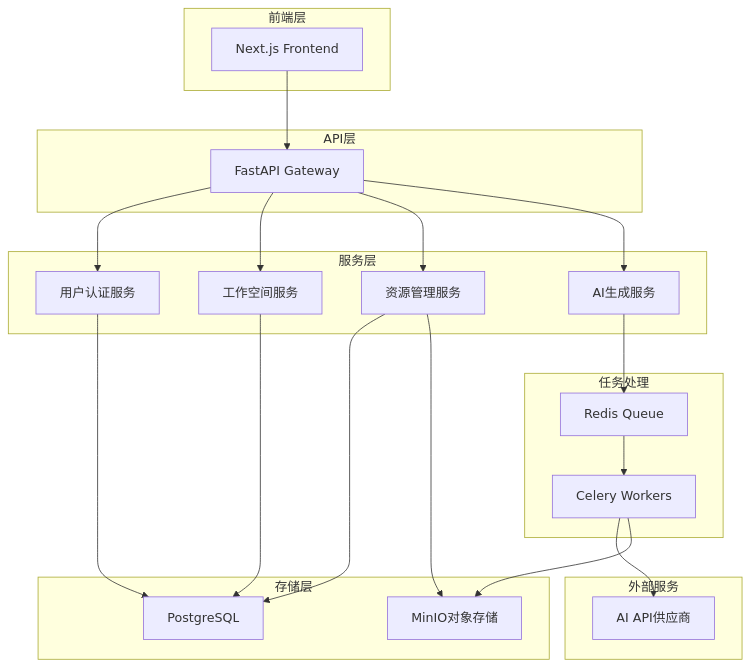
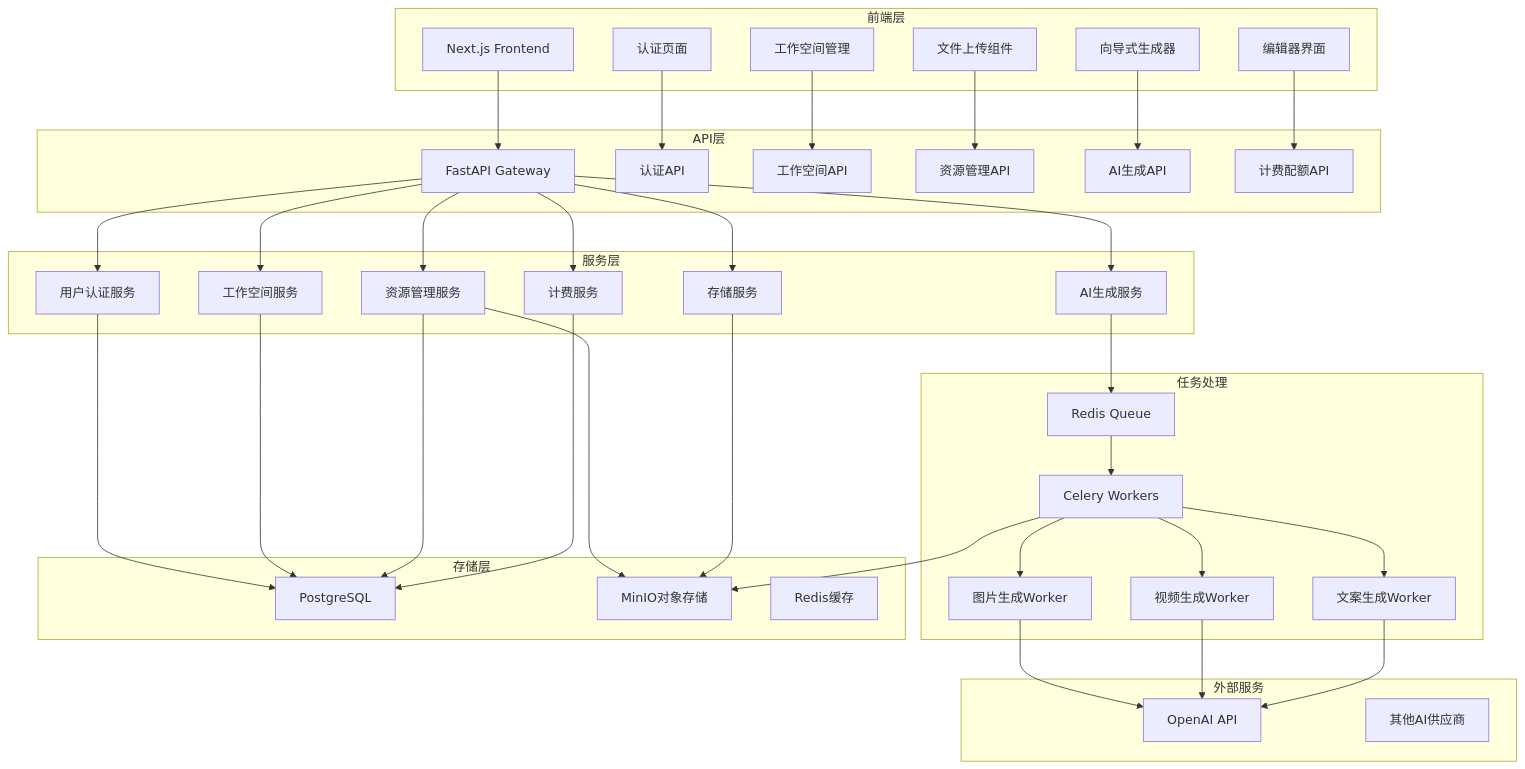
One commit to ZenoWangzy/E_Business changed the first of 2 diagrams in CLAUDE.md. Above: the diagram before and after it, drawn with Mermaid. The commit also changed other lines of this file and 20 other files, not shown here.

````diff
--- a/CLAUDE.md
+++ b/CLAUDE.md
@@ -42,47 +47,79 @@
 ```mermaid
 graph TB
     subgraph "前端层"
         A[Next.js Frontend]
+        A1[认证页面]
+        A2[工作空间管理]
+        A3[文件上传组件]
+        A4[向导式生成器]
+        A5[编辑器界面]
     end
 
     subgraph "API层"
         B[FastAPI Gateway]
+        B1[认证API]
+        B2[工作空间API]
+        B3[资源管理API]
+        B4[AI生成API]
+        B5[计费配额API]
     end
 
     subgraph "服务层"
         C[用户认证服务]
         D[工作空间服务]
         E[资源管理服务]
         F[AI生成服务]
+        G[计费服务]
+        H[存储服务]
     end
 
     subgraph "任务处理"
-        G[Celery Workers]
-        H[Redis Queue]
+        I[Celery Workers]
+        J[Redis Queue]
+        I1[图片生成Worker]
+        I2[视频生成Worker]
+        I3[文案生成Worker]
     end
 
     subgraph "存储层"
-        I[PostgreSQL]
-        J[MinIO对象存储]
+        K[PostgreSQL]
+        L[MinIO对象存储]
+        M[Redis缓存]
     end
 
     subgraph "外部服务"
-        K[AI API供应商]
+        N[OpenAI API]
+        O[其他AI供应商]
     end
 
     A --> B
+    A1 --> B1
+    A2 --> B2
+    A3 --> B3
+    A4 --> B4
+    A5 --> B5
+
     B --> C
     B --> D
     B --> E
     B --> F
+    B --> G
+    B --> H
 
-    F --> H
-    H --> G
+    F --> J
+    J --> I
+    I --> I1
+    I --> I2
+    I --> I3
+    I1 --> N
+    I2 --> N
+    I3 --> N
+    I --> L
+
+    C --> K
+    D --> K
+    E --> K
+    E --> L
     G --> K
-    G --> J
-
-    C --> I
-    D --> I
-    E --> I
-    E --> J
+    H --> L
 ```
````
